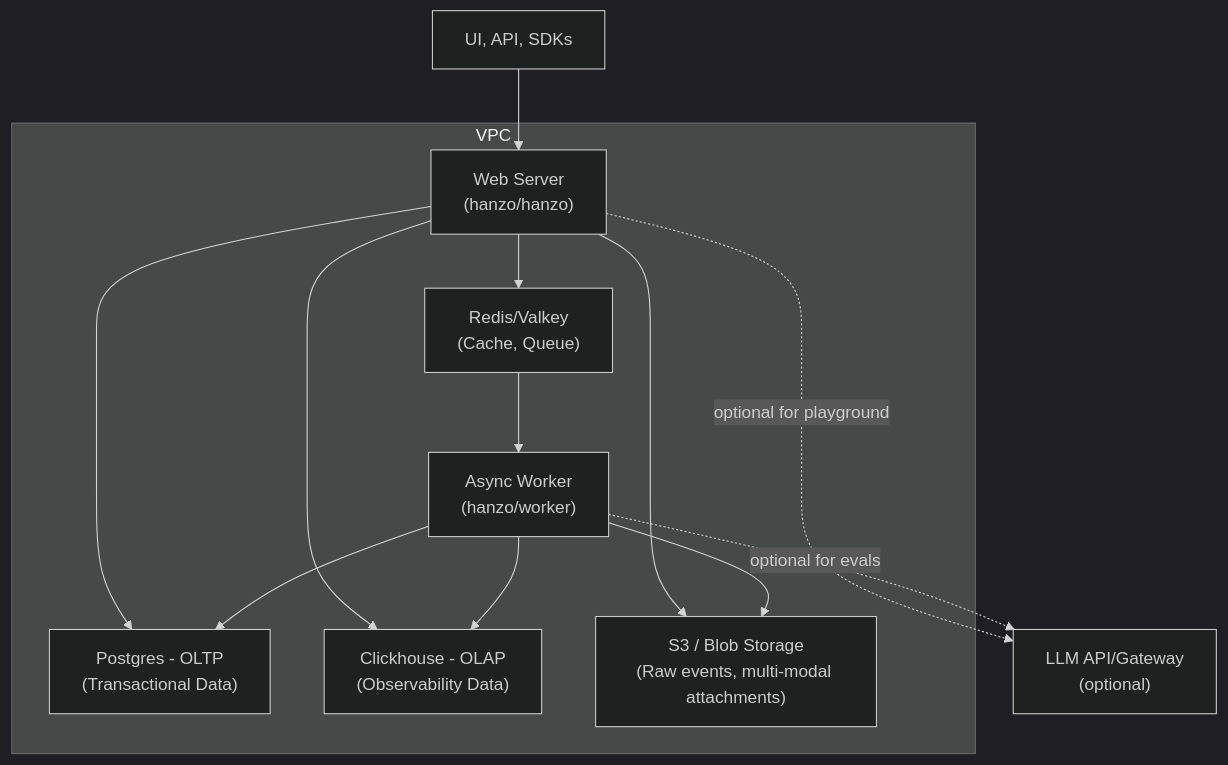
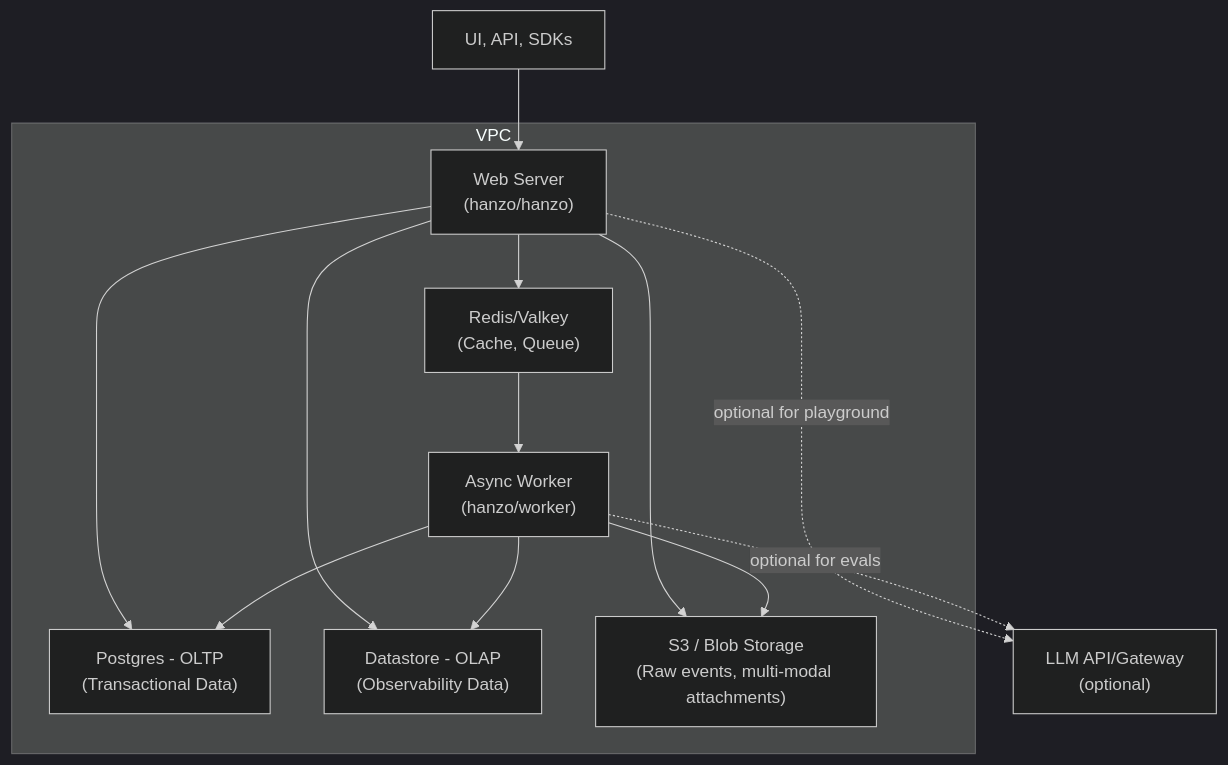
The diagram in CONTRIBUTING.md (hanzoai/console), drawn with Mermaid (dark theme) before and after one commit. The commit also changed other lines of this file and 361 other files, not shown here.

First line of the commit message:
refactor: complete clickhouse→datastore rename across entire codebase

````diff
--- a/CONTRIBUTING.md
+++ b/CONTRIBUTING.md
@@ -64,26 +64,26 @@
 ```mermaid
 flowchart TB
     User["UI, API, SDKs"]
     subgraph vpc["VPC"]
         Web["Web Server<br/>(hanzo/hanzo)"]
         Worker["Async Worker<br/>(hanzo/worker)"]
         Postgres["Postgres - OLTP<br/>(Transactional Data)"]
         Cache["Redis/Valkey<br/>(Cache, Queue)"]
-        Clickhouse["Clickhouse - OLAP<br/>(Observability Data)"]
+        Datastore["Datastore - OLAP<br/>(Observability Data)"]
         S3["S3 / Blob Storage<br/>(Raw events, multi-modal attachments)"]
     end
     LLM["LLM API/Gateway<br/>(optional)"]
 
     User --> Web
     Web --> S3
     Web --> Postgres
     Web --> Cache
-    Web --> Clickhouse
+    Web --> Datastore
     Web -.->|"optional for playground"| LLM
 
     Cache --> Worker
-    Worker --> Clickhouse
+    Worker --> Datastore
     Worker --> Postgres
     Worker --> S3
     Worker -.->|"optional for evals"| LLM
 ```
````
